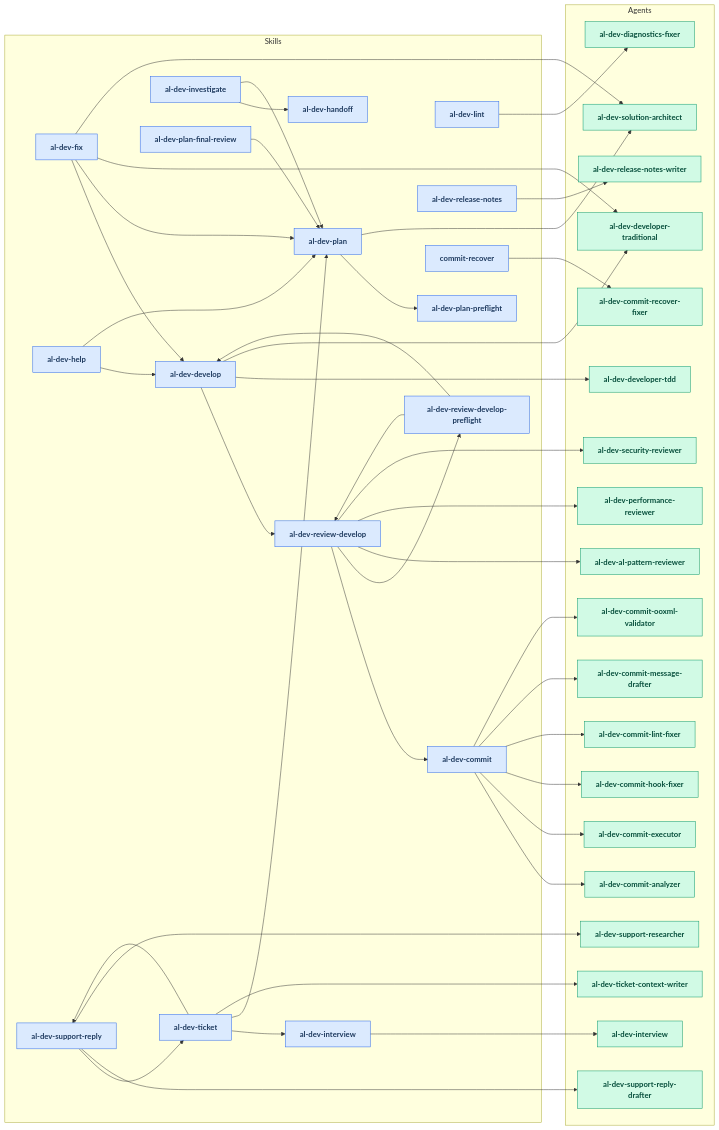
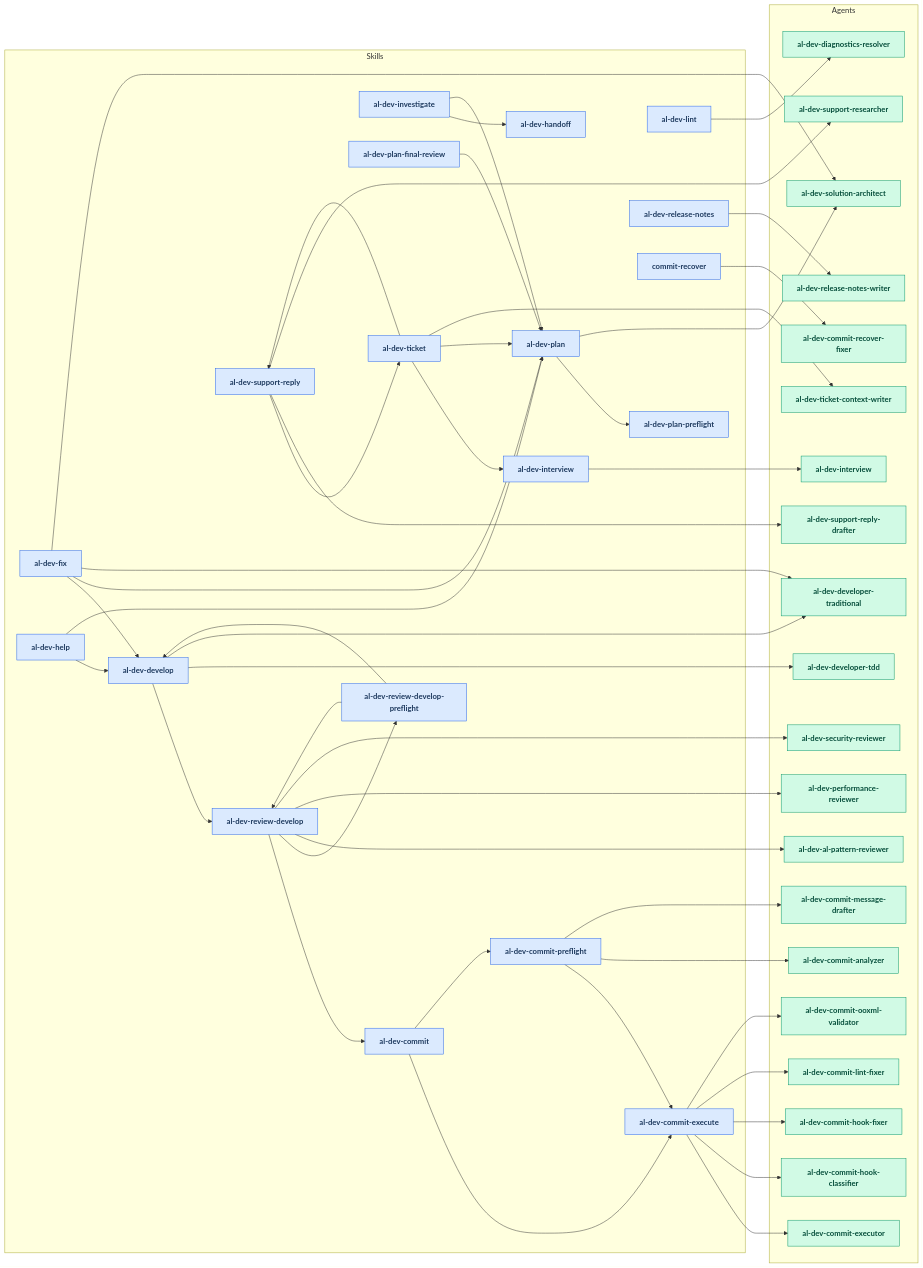
One commit to russell-laing/al-dev-shared changed the first of 2 diagrams in docs/al-dev-workflow-diagrams.md. Above: the diagram before and after it, drawn with Mermaid. The commit also changed other lines of this file and 3 other files, not shown here.

```diff
--- a/docs/al-dev-workflow-diagrams.md
+++ b/docs/al-dev-workflow-diagrams.md
@@ -13,6 +13,8 @@
 
     subgraph Skills[Skills]
         skill_al_dev_commit[al-dev-commit]
+        skill_al_dev_commit_execute[al-dev-commit-execute]
+        skill_al_dev_commit_preflight[al-dev-commit-preflight]
         skill_al_dev_develop[al-dev-develop]
         skill_al_dev_fix[al-dev-fix]
         skill_al_dev_handoff[al-dev-handoff]
@@ -34,6 +36,7 @@
         agent_al_dev_al_pattern_reviewer[al-dev-al-pattern-reviewer]
         agent_al_dev_commit_analyzer[al-dev-commit-analyzer]
         agent_al_dev_commit_executor[al-dev-commit-executor]
+        agent_al_dev_commit_hook_classifier[al-dev-commit-hook-classifier]
         agent_al_dev_commit_hook_fixer[al-dev-commit-hook-fixer]
         agent_al_dev_commit_lint_fixer[al-dev-commit-lint-fixer]
         agent_al_dev_commit_message_drafter[al-dev-commit-message-drafter]
@@ -41,7 +44,7 @@
         agent_al_dev_commit_recover_fixer[al-dev-commit-recover-fixer]
         agent_al_dev_developer_tdd[al-dev-developer-tdd]
         agent_al_dev_developer_traditional[al-dev-developer-traditional]
-        agent_al_dev_diagnostics_fixer[al-dev-diagnostics-fixer]
+        agent_al_dev_diagnostics_resolver[al-dev-diagnostics-resolver]
         agent_al_dev_interview[al-dev-interview]
         agent_al_dev_performance_reviewer[al-dev-performance-reviewer]
         agent_al_dev_release_notes_writer[al-dev-release-notes-writer]
@@ -52,6 +55,9 @@
         agent_al_dev_ticket_context_writer[al-dev-ticket-context-writer]
     end
 
+    skill_al_dev_commit --> skill_al_dev_commit_execute
+    skill_al_dev_commit --> skill_al_dev_commit_preflight
+    skill_al_dev_commit_preflight --> skill_al_dev_commit_execute
     skill_al_dev_develop --> skill_al_dev_review_develop
     skill_al_dev_fix --> skill_al_dev_develop
     skill_al_dev_fix --> skill_al_dev_plan
@@ -69,18 +75,19 @@
     skill_al_dev_ticket --> skill_al_dev_interview
     skill_al_dev_ticket --> skill_al_dev_plan
     skill_al_dev_ticket --> skill_al_dev_support_reply
-    skill_al_dev_commit --> agent_al_dev_commit_analyzer
-    skill_al_dev_commit --> agent_al_dev_commit_executor
-    skill_al_dev_commit --> agent_al_dev_commit_hook_fixer
-    skill_al_dev_commit --> agent_al_dev_commit_lint_fixer
-    skill_al_dev_commit --> agent_al_dev_commit_message_drafter
-    skill_al_dev_commit --> agent_al_dev_commit_ooxml_validator
+    skill_al_dev_commit_execute --> agent_al_dev_commit_executor
+    skill_al_dev_commit_execute --> agent_al_dev_commit_hook_classifier
+    skill_al_dev_commit_execute --> agent_al_dev_commit_hook_fixer
+    skill_al_dev_commit_execute --> agent_al_dev_commit_lint_fixer
+    skill_al_dev_commit_execute --> agent_al_dev_commit_ooxml_validator
+    skill_al_dev_commit_preflight --> agent_al_dev_commit_analyzer
+    skill_al_dev_commit_preflight --> agent_al_dev_commit_message_drafter
     skill_al_dev_develop --> agent_al_dev_developer_tdd
     skill_al_dev_develop --> agent_al_dev_developer_traditional
     skill_al_dev_fix --> agent_al_dev_developer_traditional
     skill_al_dev_fix --> agent_al_dev_solution_architect
     skill_al_dev_interview --> agent_al_dev_interview
-    skill_al_dev_lint --> agent_al_dev_diagnostics_fixer
+    skill_al_dev_lint --> agent_al_dev_diagnostics_resolver
     skill_al_dev_plan --> agent_al_dev_solution_architect
     skill_al_dev_release_notes --> agent_al_dev_release_notes_writer
     skill_al_dev_review_develop --> agent_al_dev_al_pattern_reviewer
@@ -92,6 +99,8 @@
     skill_commit_recover --> agent_al_dev_commit_recover_fixer
 
     class skill_al_dev_commit skillNode
+    class skill_al_dev_commit_execute skillNode
+    class skill_al_dev_commit_preflight skillNode
     class skill_al_dev_develop skillNode
     class skill_al_dev_fix skillNode
     class skill_al_dev_handoff skillNode
@@ -111,6 +120,7 @@
     class agent_al_dev_al_pattern_reviewer agentNode
     class agent_al_dev_commit_analyzer agentNode
     class agent_al_dev_commit_executor agentNode
+    class agent_al_dev_commit_hook_classifier agentNode
     class agent_al_dev_commit_hook_fixer agentNode
     class agent_al_dev_commit_lint_fixer agentNode
     class agent_al_dev_commit_message_drafter agentNode
@@ -118,7 +128,7 @@
     class agent_al_dev_commit_recover_fixer agentNode
     class agent_al_dev_developer_tdd agentNode
     class agent_al_dev_developer_traditional agentNode
-    class agent_al_dev_diagnostics_fixer agentNode
+    class agent_al_dev_diagnostics_resolver agentNode
     class agent_al_dev_interview agentNode
     class agent_al_dev_performance_reviewer agentNode
     class agent_al_dev_release_notes_writer agentNode
```
